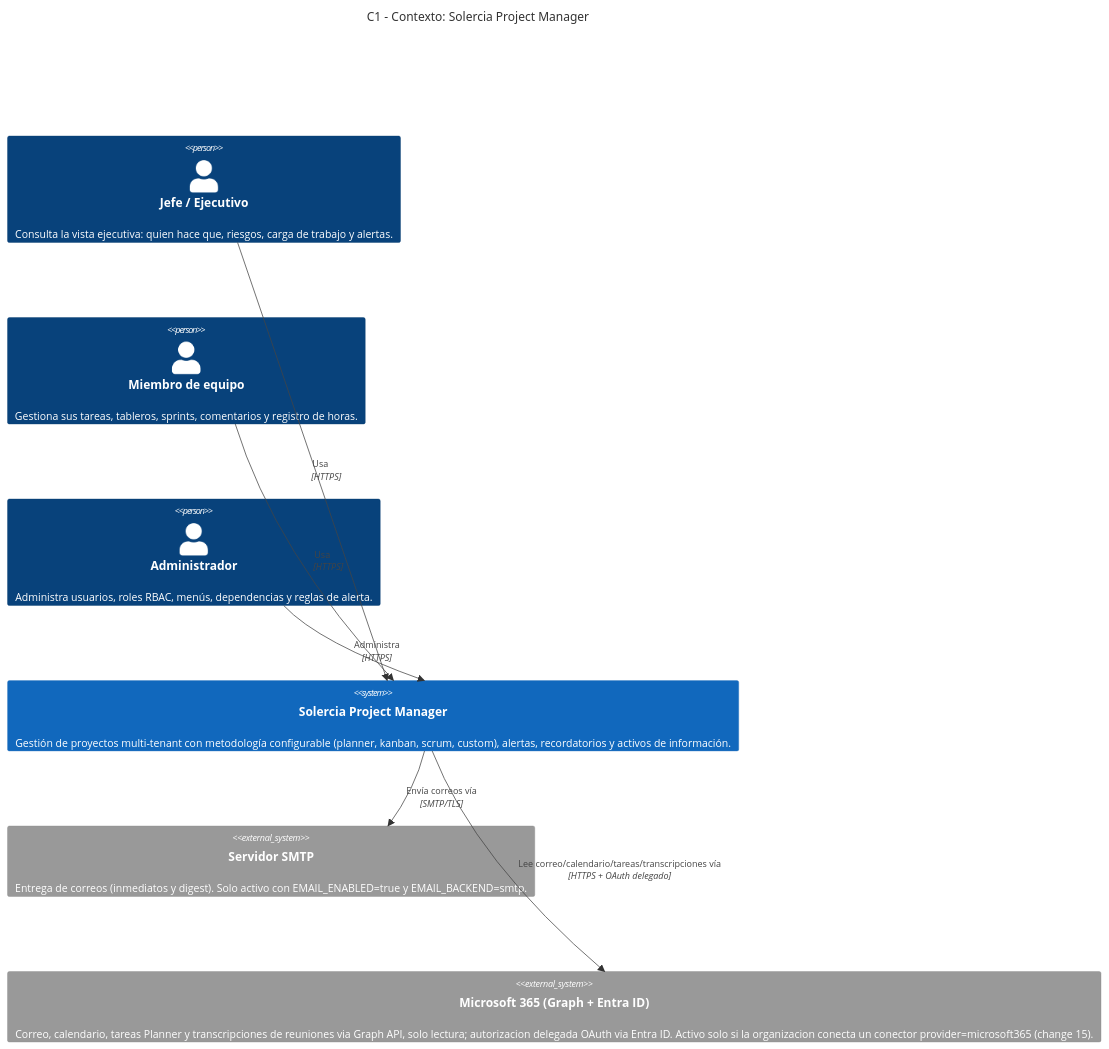
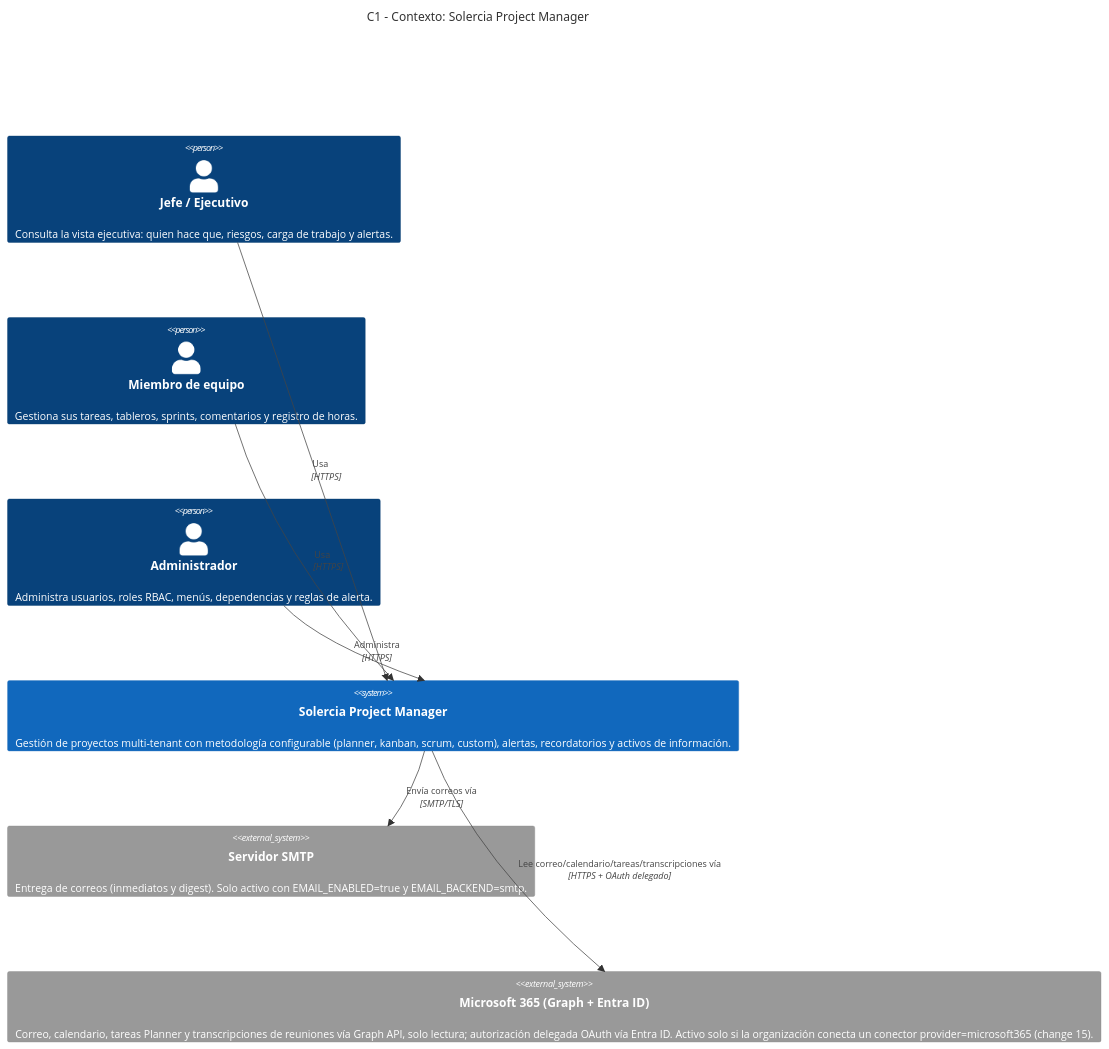
Before and after one commit to solercia-solutions/solercia-command: the first of 3 diagrams in docs/diagrams/c4-architecture.md, drawn with Mermaid. The commit also changed other lines of this file and 7 other files, not shown here.

Commit message:
fix(microsoft365): scopes por defecto, degradación de planner y resiliencia del cliente graph

````diff
--- a/docs/diagrams/c4-architecture.md
+++ b/docs/diagrams/c4-architecture.md
@@ -26,19 +26,19 @@
 ```mermaid
 C4Context
     title C1 - Contexto: Solercia Project Manager
 
     Person(jefe, "Jefe / Ejecutivo", "Consulta la vista ejecutiva: quien hace que, riesgos, carga de trabajo y alertas.")
     Person(miembro, "Miembro de equipo", "Gestiona sus tareas, tableros, sprints, comentarios y registro de horas.")
     Person(admin, "Administrador", "Administra usuarios, roles RBAC, menús, dependencias y reglas de alerta.")
 
     System(spm, "Solercia Project Manager", "Gestión de proyectos multi-tenant con metodología configurable (planner, kanban, scrum, custom), alertas, recordatorios y activos de información.")
 
     System_Ext(smtp, "Servidor SMTP", "Entrega de correos (inmediatos y digest). Solo activo con EMAIL_ENABLED=true y EMAIL_BACKEND=smtp.")
-    System_Ext(m365, "Microsoft 365 (Graph + Entra ID)", "Correo, calendario, tareas Planner y transcripciones de reuniones via Graph API, solo lectura; autorizacion delegada OAuth via Entra ID. Activo solo si la organizacion conecta un conector provider=microsoft365 (change 15).")
+    System_Ext(m365, "Microsoft 365 (Graph + Entra ID)", "Correo, calendario, tareas Planner y transcripciones de reuniones vía Graph API, solo lectura; autorización delegada OAuth vía Entra ID. Activo solo si la organización conecta un conector provider=microsoft365 (change 15).")
 
     Rel(jefe, spm, "Usa", "HTTPS")
     Rel(miembro, spm, "Usa", "HTTPS")
     Rel(admin, spm, "Administra", "HTTPS")
     Rel(spm, smtp, "Envía correos vía", "SMTP/TLS")
     Rel(spm, m365, "Lee correo/calendario/tareas/transcripciones vía", "HTTPS + OAuth delegado")
 ```
````
